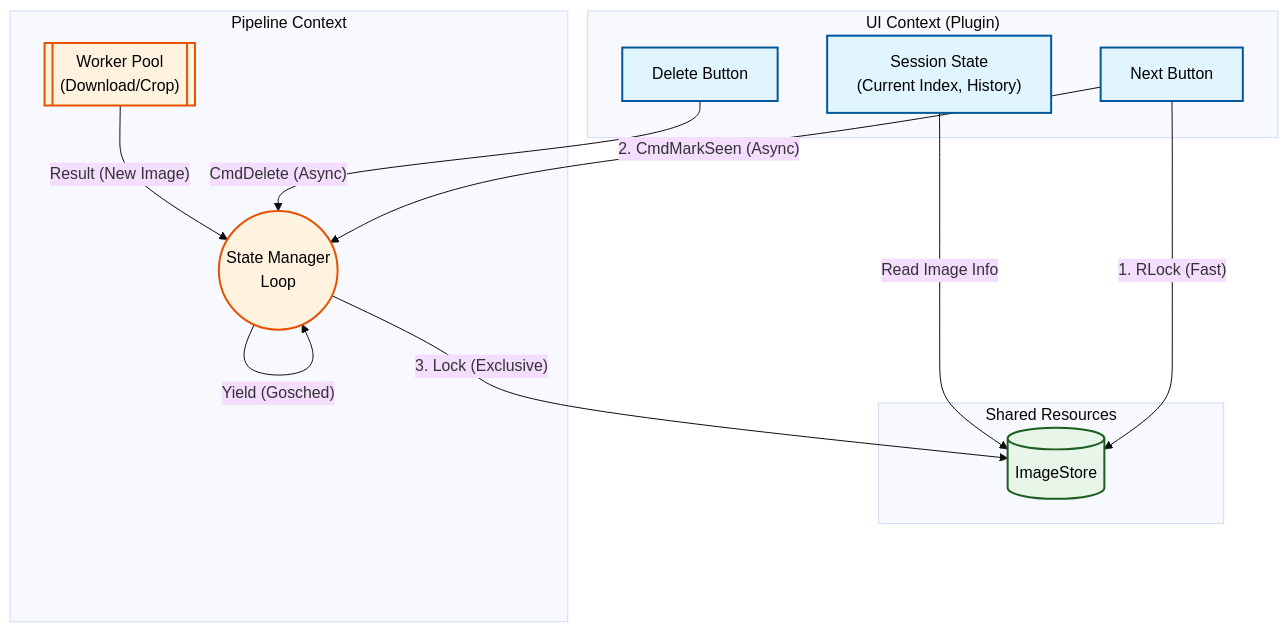
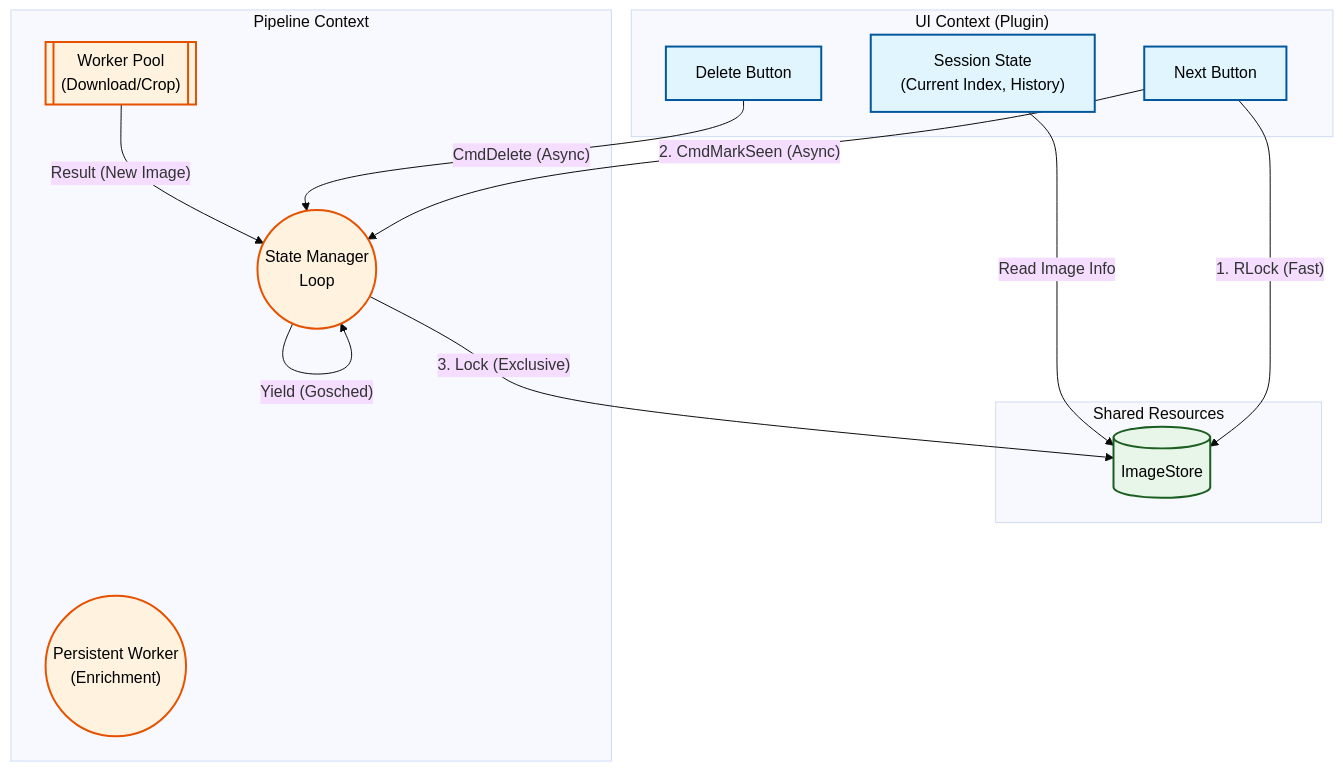
The second of 4 diagrams in docs/architecture.md (dixieflatline76/Spice), drawn with Mermaid (base theme) before and after one commit. The commit also changed other lines of this file and 1 other file, not shown here.

First line of the commit message:
Docs: Sync Architecture and README with v1.3.0 Features

````diff
--- a/docs/architecture.md
+++ b/docs/architecture.md
@@ -53,36 +53,37 @@
 ```mermaid
 graph TD
     classDef ui fill:#e1f5fe,stroke:#01579b,stroke-width:2px,color:#000,font-size:16px;
     classDef pipe fill:#fff3e0,stroke:#e65100,stroke-width:2px,color:#000,font-size:16px;
     classDef store fill:#e8f5e9,stroke:#1b5e20,stroke-width:2px,color:#000,font-size:16px;
 
     subgraph UI_Context ["UI Context (Plugin)"]
         NextBtn[Next Button]:::ui
         PrevBtn[Delete Button]:::ui
         LocalState["Session State<br/>(Current Index, History)"]:::ui
     end
 
     subgraph Shared_Resource [Shared Resources]
         Store[(ImageStore)]:::store
     end
 
     subgraph Pipeline_Context ["Pipeline Context"]
         Workers[["Worker Pool<br/>(Download/Crop)"]]:::pipe
+        LazyWorker(("Persistent Worker<br/>(Enrichment)")):::pipe
         Manager(("State Manager<br/>Loop")):::pipe
     end
 
     %% Reads
     NextBtn -- 1. RLock (Fast) --> Store
     LocalState -- Read Image Info --> Store
 
     %% Async Commands
     NextBtn -- 2. CmdMarkSeen (Async) --> Manager
     PrevBtn -- CmdDelete (Async) --> Manager
     Workers -- Result (New Image) --> Manager
 
     %% Writers
     Manager -- 3. Lock (Exclusive) --> Store
 
     %% Feedback
     Manager -- Yield (Gosched) --> Manager
 ```
````
